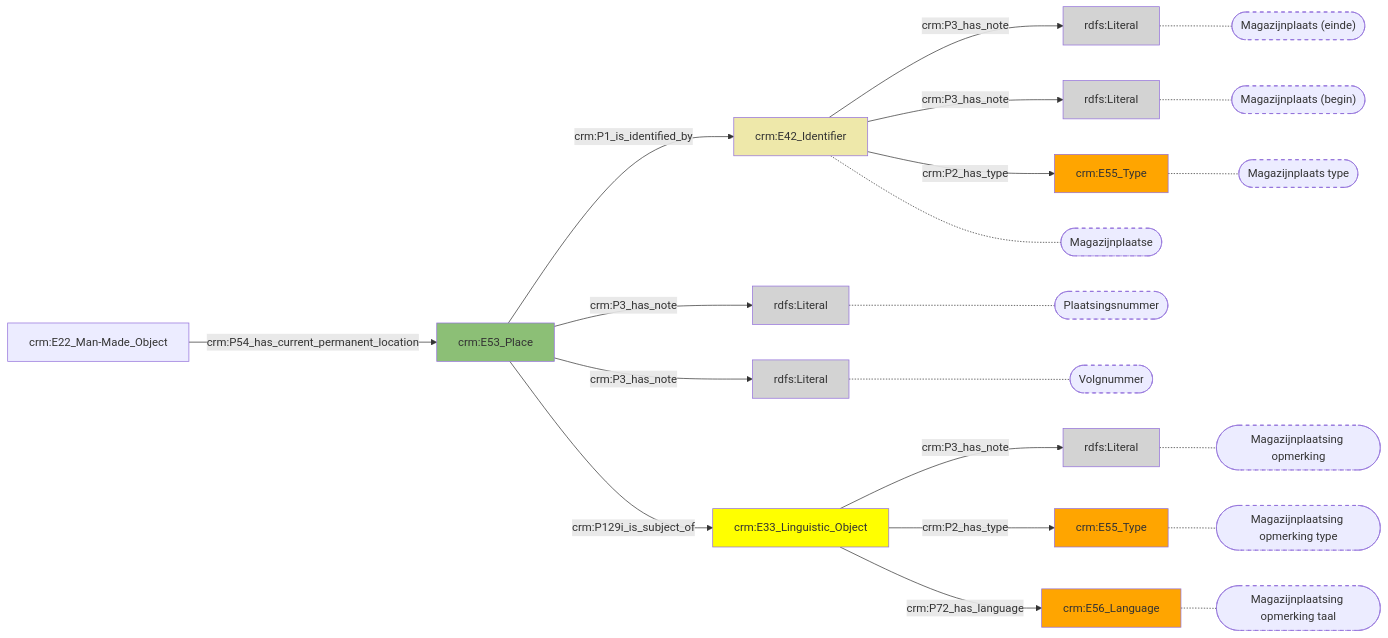
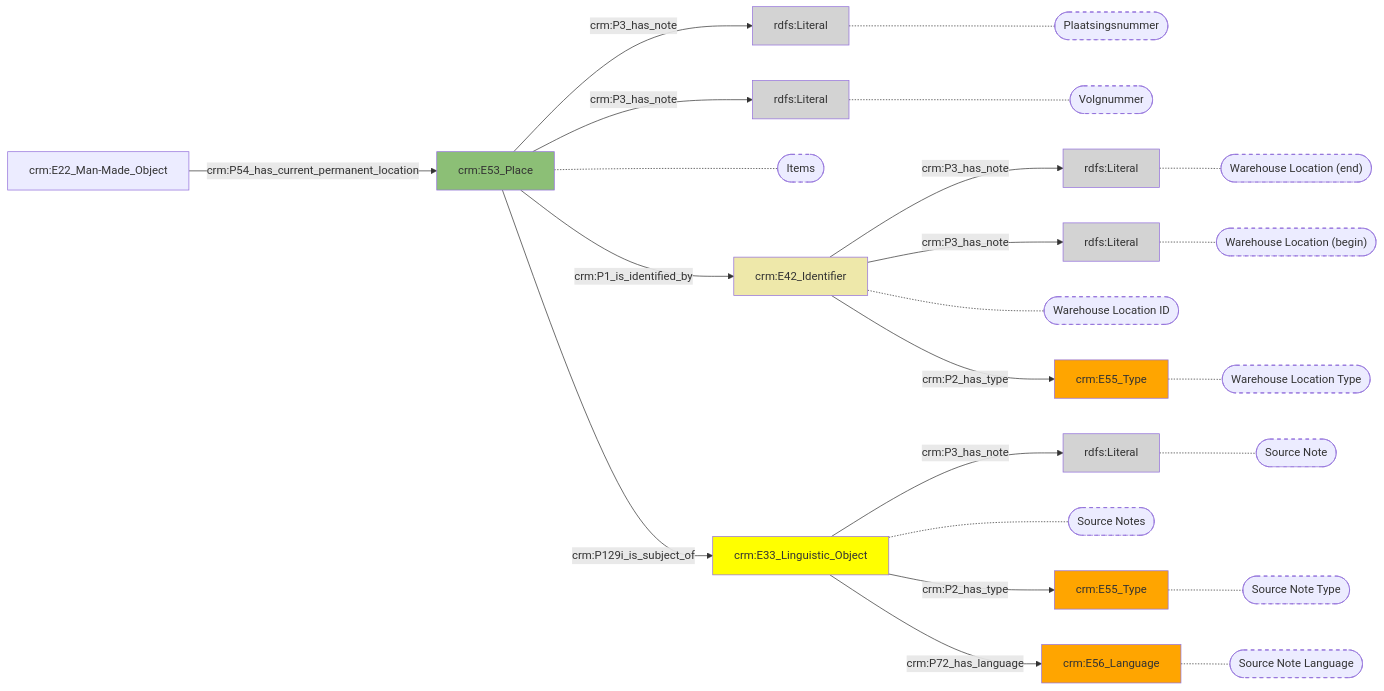
Before and after one commit to digipolisantwerpdocumentation/antwerp-cultureel-erfgoed: the diagram in docs/content/modellen/ArchiefItemMaterieel/Bewaargegevens.md, drawn with Mermaid. The commit also changed 167 other files, not shown here.

````diff
--- a/docs/content/modellen/ArchiefItemMaterieel/Bewaargegevens.md
+++ b/docs/content/modellen/ArchiefItemMaterieel/Bewaargegevens.md
@@ -1,43 +1,47 @@
 ```mermaid
 graph LR
 f166cdf6-b053-11ec-b19f-9cf387da2c40["crm:E53_Place"]-->|"crm:P3_has_note"|f166d3aa-b053-11ec-b19f-9cf387da2c40(rdfs:Literal)
 f166cdf6-b053-11ec-b19f-9cf387da2c40["crm:E53_Place"]-->|"crm:P3_has_note"|f166d6ac-b053-11ec-b19f-9cf387da2c40(rdfs:Literal)
 f166d4e0-b053-11ec-b19f-9cf387da2c40["crm:E42_Identifier"]-->|"crm:P3_has_note"|f166d5d0-b053-11ec-b19f-9cf387da2c40(rdfs:Literal)
 f166d4e0-b053-11ec-b19f-9cf387da2c40["crm:E42_Identifier"]-->|"crm:P3_has_note"|f166d77e-b053-11ec-b19f-9cf387da2c40(rdfs:Literal)
 f166d92c-b053-11ec-b19f-9cf387da2c40["crm:E33_Linguistic_Object"]-->|"crm:P3_has_note"|f166db7a-b053-11ec-b19f-9cf387da2c40(rdfs:Literal)
-f166d4e0-b053-11ec-b19f-9cf387da2c40["crm:E42_Identifier"]-.-f166d4e0-b053-11ec-b19f-9cf387da2c40_s(["Magazijnplaatse"])
+f166cdf6-b053-11ec-b19f-9cf387da2c40["crm:E53_Place"]-.-f166cdf6-b053-11ec-b19f-9cf387da2c40_s(["Items"])
+f166d4e0-b053-11ec-b19f-9cf387da2c40["crm:E42_Identifier"]-.-f166d4e0-b053-11ec-b19f-9cf387da2c40_s(["Warehouse Location ID"])
+f166d92c-b053-11ec-b19f-9cf387da2c40["crm:E33_Linguistic_Object"]-.-f166d92c-b053-11ec-b19f-9cf387da2c40_s(["Source Notes"])
 f166d3aa-b053-11ec-b19f-9cf387da2c40["rdfs:Literal"]-.-f166d3aa-b053-11ec-b19f-9cf387da2c40_s(["Plaatsingsnummer"])
 f166d6ac-b053-11ec-b19f-9cf387da2c40["rdfs:Literal"]-.-f166d6ac-b053-11ec-b19f-9cf387da2c40_s(["Volgnummer"])
-f166d9f4-b053-11ec-b19f-9cf387da2c40["crm:E55_Type"]-.-f166d9f4-b053-11ec-b19f-9cf387da2c40_s(["Magazijnplaats type"])
-f166d5d0-b053-11ec-b19f-9cf387da2c40["rdfs:Literal"]-.-f166d5d0-b053-11ec-b19f-9cf387da2c40_s(["Magazijnplaats (einde)"])
-f166d77e-b053-11ec-b19f-9cf387da2c40["rdfs:Literal"]-.-f166d77e-b053-11ec-b19f-9cf387da2c40_s(["Magazijnplaats (begin)"])
-f166dabc-b053-11ec-b19f-9cf387da2c40["crm:E55_Type"]-.-f166dabc-b053-11ec-b19f-9cf387da2c40_s(["Magazijnplaatsing opmerking type"])
-f166db7a-b053-11ec-b19f-9cf387da2c40["rdfs:Literal"]-.-f166db7a-b053-11ec-b19f-9cf387da2c40_s(["Magazijnplaatsing opmerking"])
-f166d85a-b053-11ec-b19f-9cf387da2c40["crm:E56_Language"]-.-f166d85a-b053-11ec-b19f-9cf387da2c40_s(["Magazijnplaatsing opmerking taal"])
+f166d9f4-b053-11ec-b19f-9cf387da2c40["crm:E55_Type"]-.-f166d9f4-b053-11ec-b19f-9cf387da2c40_s(["Warehouse Location Type"])
+f166d5d0-b053-11ec-b19f-9cf387da2c40["rdfs:Literal"]-.-f166d5d0-b053-11ec-b19f-9cf387da2c40_s(["Warehouse Location (end)"])
+f166d77e-b053-11ec-b19f-9cf387da2c40["rdfs:Literal"]-.-f166d77e-b053-11ec-b19f-9cf387da2c40_s(["Warehouse Location (begin)"])
+f166dabc-b053-11ec-b19f-9cf387da2c40["crm:E55_Type"]-.-f166dabc-b053-11ec-b19f-9cf387da2c40_s(["Source Note Type"])
+f166db7a-b053-11ec-b19f-9cf387da2c40["rdfs:Literal"]-.-f166db7a-b053-11ec-b19f-9cf387da2c40_s(["Source Note"])
+f166d85a-b053-11ec-b19f-9cf387da2c40["crm:E56_Language"]-.-f166d85a-b053-11ec-b19f-9cf387da2c40_s(["Source Note Language"])
+style f166cdf6-b053-11ec-b19f-9cf387da2c40_s stroke-dasharray: 5
 style f166d4e0-b053-11ec-b19f-9cf387da2c40_s stroke-dasharray: 5
+style f166d92c-b053-11ec-b19f-9cf387da2c40_s stroke-dasharray: 5
 style f166d3aa-b053-11ec-b19f-9cf387da2c40_s stroke-dasharray: 5
 style f166d6ac-b053-11ec-b19f-9cf387da2c40_s stroke-dasharray: 5
 style f166d9f4-b053-11ec-b19f-9cf387da2c40_s stroke-dasharray: 5
 style f166d5d0-b053-11ec-b19f-9cf387da2c40_s stroke-dasharray: 5
 style f166d77e-b053-11ec-b19f-9cf387da2c40_s stroke-dasharray: 5
 style f166dabc-b053-11ec-b19f-9cf387da2c40_s stroke-dasharray: 5
 style f166db7a-b053-11ec-b19f-9cf387da2c40_s stroke-dasharray: 5
 style f166d85a-b053-11ec-b19f-9cf387da2c40_s stroke-dasharray: 5
-d1dd96e0-a5fe-11ec-b19f-9cf387da2c40["crm:E22_Man-Made_Object"]-->|"crm:P54_has_current_permanent_location"|f166cdf6-b053-11ec-b19f-9cf387da2c40["crm:E53_Place"]
-f166cdf6-b053-11ec-b19f-9cf387da2c40["crm:E53_Place"]-->|"crm:P1_is_identified_by"|f166d4e0-b053-11ec-b19f-9cf387da2c40["crm:E42_Identifier"]
-f166cdf6-b053-11ec-b19f-9cf387da2c40["crm:E53_Place"]-->|"crm:P129i_is_subject_of"|f166d92c-b053-11ec-b19f-9cf387da2c40["crm:E33_Linguistic_Object"]
-f166d4e0-b053-11ec-b19f-9cf387da2c40["crm:E42_Identifier"]-->|"crm:P2_has_type"|f166d9f4-b053-11ec-b19f-9cf387da2c40["crm:E55_Type"]
-f166d92c-b053-11ec-b19f-9cf387da2c40["crm:E33_Linguistic_Object"]-->|"crm:P2_has_type"|f166dabc-b053-11ec-b19f-9cf387da2c40["crm:E55_Type"]
-f166d92c-b053-11ec-b19f-9cf387da2c40["crm:E33_Linguistic_Object"]-->|"crm:P72_has_language"|f166d85a-b053-11ec-b19f-9cf387da2c40["crm:E56_Language"]
 style f166cdf6-b053-11ec-b19f-9cf387da2c40 fill:#8CBF76
 style f166d3aa-b053-11ec-b19f-9cf387da2c40 fill:#D3D3D3
 style f166d4e0-b053-11ec-b19f-9cf387da2c40 fill:#EEE8AA
 style f166d5d0-b053-11ec-b19f-9cf387da2c40 fill:#D3D3D3
 style f166d6ac-b053-11ec-b19f-9cf387da2c40 fill:#D3D3D3
 style f166d77e-b053-11ec-b19f-9cf387da2c40 fill:#D3D3D3
 style f166d85a-b053-11ec-b19f-9cf387da2c40 fill:#ffa500
 style f166d92c-b053-11ec-b19f-9cf387da2c40 fill:#ffff00
 style f166d9f4-b053-11ec-b19f-9cf387da2c40 fill:#ffa500
 style f166dabc-b053-11ec-b19f-9cf387da2c40 fill:#ffa500
 style f166db7a-b053-11ec-b19f-9cf387da2c40 fill:#D3D3D3
+d1dd96e0-a5fe-11ec-b19f-9cf387da2c40["crm:E22_Man-Made_Object"]-->|"crm:P54_has_current_permanent_location"|f166cdf6-b053-11ec-b19f-9cf387da2c40["crm:E53_Place"]
+f166cdf6-b053-11ec-b19f-9cf387da2c40["crm:E53_Place"]-->|"crm:P1_is_identified_by"|f166d4e0-b053-11ec-b19f-9cf387da2c40["crm:E42_Identifier"]
+f166cdf6-b053-11ec-b19f-9cf387da2c40["crm:E53_Place"]-->|"crm:P129i_is_subject_of"|f166d92c-b053-11ec-b19f-9cf387da2c40["crm:E33_Linguistic_Object"]
+f166d4e0-b053-11ec-b19f-9cf387da2c40["crm:E42_Identifier"]-->|"crm:P2_has_type"|f166d9f4-b053-11ec-b19f-9cf387da2c40["crm:E55_Type"]
+f166d92c-b053-11ec-b19f-9cf387da2c40["crm:E33_Linguistic_Object"]-->|"crm:P2_has_type"|f166dabc-b053-11ec-b19f-9cf387da2c40["crm:E55_Type"]
+f166d92c-b053-11ec-b19f-9cf387da2c40["crm:E33_Linguistic_Object"]-->|"crm:P72_has_language"|f166d85a-b053-11ec-b19f-9cf387da2c40["crm:E56_Language"]
 ```
````
